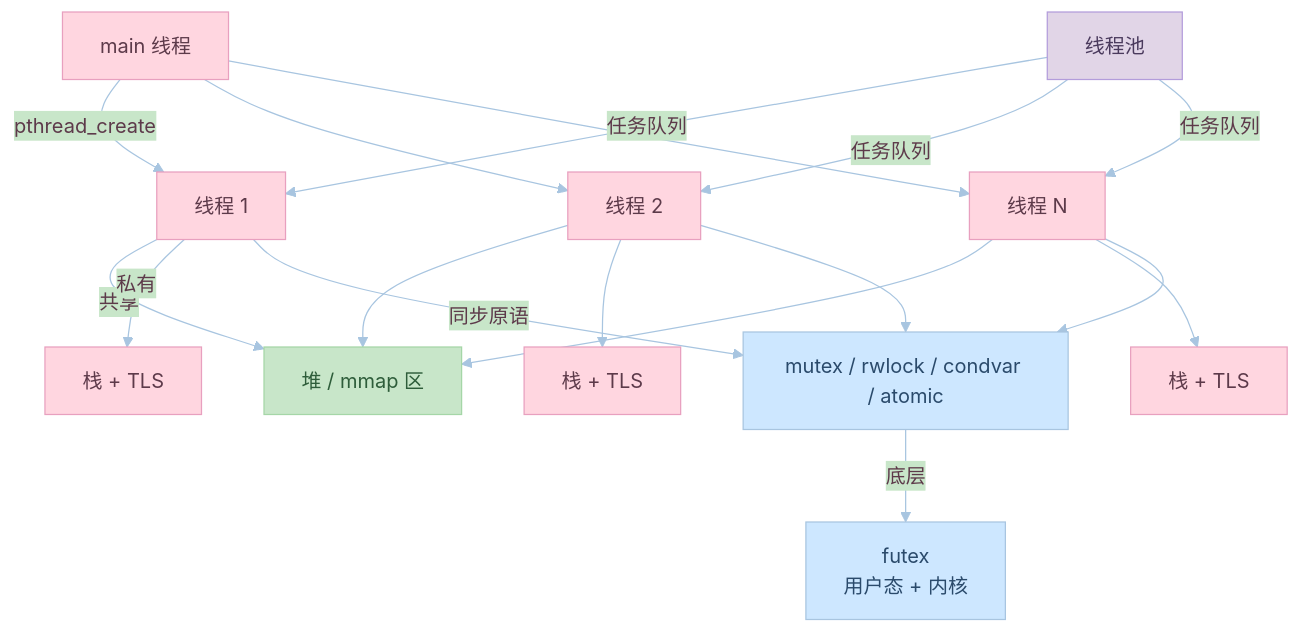
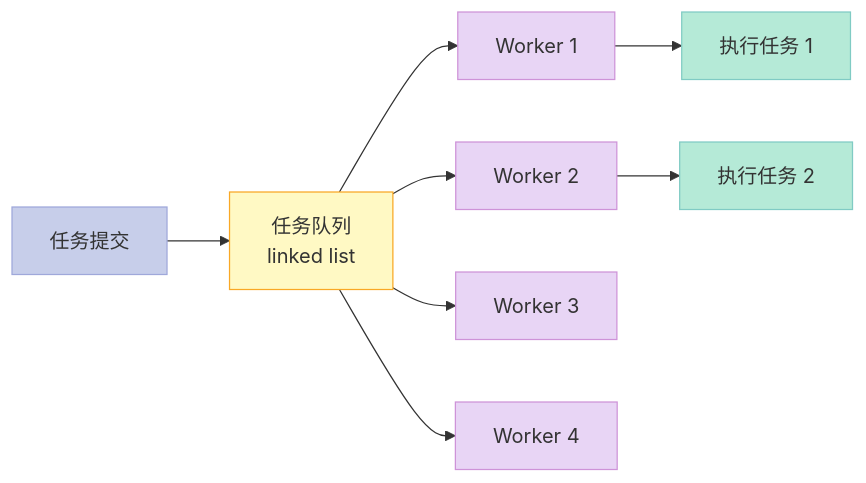
The eighth of 9 diagrams in source/_posts/12-线程库.md (xuqi2024/xuqi2024.github.io), drawn with Mermaid before and after one commit. The commit also changed other lines of this file and 12 other files, not shown here.

````diff
--- a/source/_posts/12-线程库.md
+++ b/source/_posts/12-线程库.md
@@ -637,34 +1535,28 @@
 ```mermaid
-%%{init: {'theme':'base', 'themeVariables': {'primaryColor':'#FFD6E0','primaryTextColor':'#5D3A4A','primaryBorderColor':'#E8A0BF','lineColor':'#A8C5E0','secondaryColor':'#C8E6C9','tertiaryColor':'#E1D5E7'}}}%%
-flowchart TB
-    MAIN["main 线程"] -->|pthread_create| T1["线程 1"]
-    MAIN --> T2["线程 2"]
-    MAIN --> T3["线程 N"]
-
-    T1 -->|共享| HEAP["堆 / mmap 区"]
-    T2 --> HEAP
-    T3 --> HEAP
-
-    T1 -->|私有| S1["栈 + TLS"]
-    T2 --> S2["栈 + TLS"]
-    T3 --> S3["栈 + TLS"]
-
-    T1 -->|同步原语| SYNC["mutex / rwlock / condvar / atomic"]
-    T2 --> SYNC
-    T3 --> SYNC
-
-    SYNC -->|底层| FUTEX["futex<br/>用户态 + 内核"]
-
-    TP["线程池"] -->|任务队列| T1
-    TP -->|任务队列| T2
-    TP -->|任务队列| T3
-
-    classDef th fill:#FFD6E0,stroke:#E8A0BF,color:#5D3A4A
-    classDef sh fill:#C8E6C9,stroke:#A5D6A7,color:#2E5D3A
-    classDef sync fill:#CDE7FF,stroke:#A8C5E0,color:#2A4A6B
-    classDef pool fill:#E1D5E7,stroke:#B39DDB,color:#4A3A5D
-    class MAIN,T1,T2,T3,S1,S2,S3 th
-    class HEAP sh
-    class SYNC,FUTEX sync
-    class TP pool
+graph LR
+    S["任务提交"]
+    Q["任务队列<br/>linked list"]
+    W1["Worker 1"]
+    W2["Worker 2"]
+    W3["Worker 3"]
+    W4["Worker 4"]
+    O1["执行任务 1"]
+    O2["执行任务 2"]
+    
+    S --> Q
+    Q --> W1
+    Q --> W2
+    Q --> W3
+    Q --> W4
+    W1 --> O1
+    W2 --> O2
+    
+    style S fill:#C7CEEA,stroke:#9FA8DA,color:#333
+    style Q fill:#FFF9C4,stroke:#F9A825,color:#333
+    style W1 fill:#E8D5F5,stroke:#CE93D8,color:#333
+    style W2 fill:#E8D5F5,stroke:#CE93D8,color:#333
+    style W3 fill:#E8D5F5,stroke:#CE93D8,color:#333
+    style W4 fill:#E8D5F5,stroke:#CE93D8,color:#333
+    style O1 fill:#B5EAD7,stroke:#80CBC4,color:#333
+    style O2 fill:#B5EAD7,stroke:#80CBC4,color:#333
 ```
````
